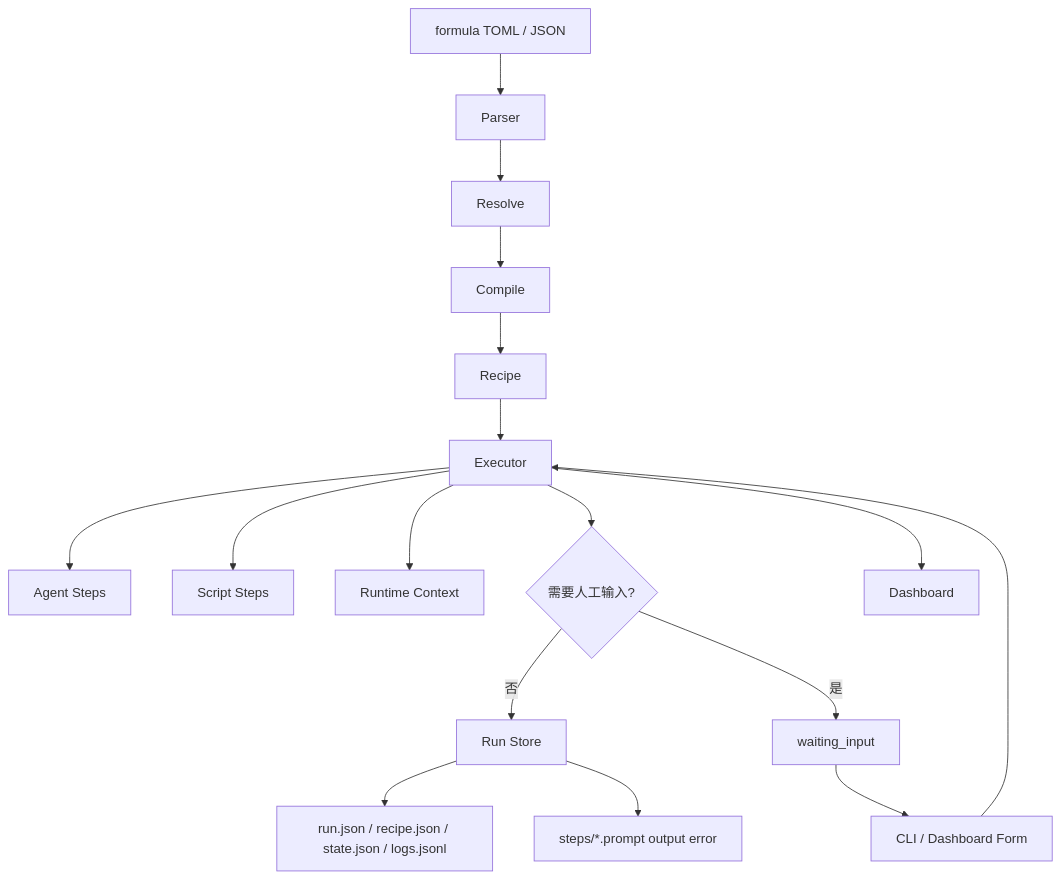
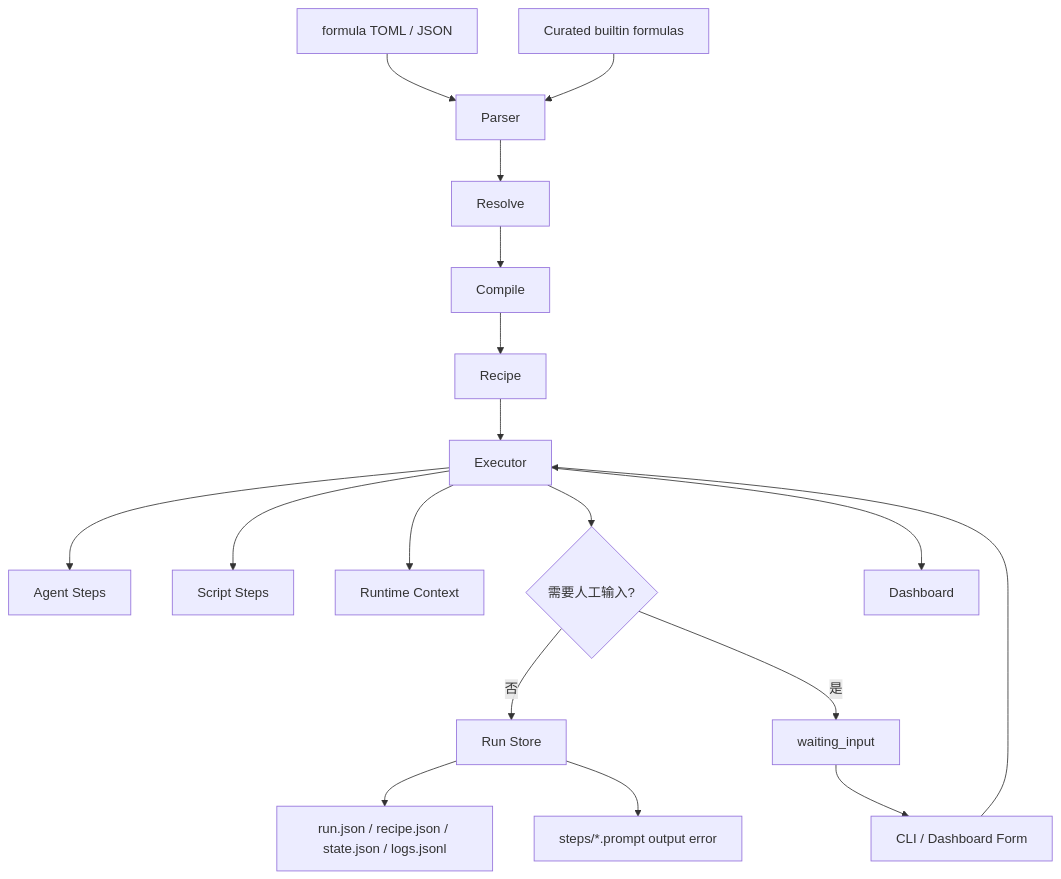
Before and after one commit to sjzsdu/tt: the first of 8 diagrams in ai-docs/formula-system.md, drawn with Mermaid. The commit also changed other lines of this file and 8 other files, not shown here.

````diff
--- a/ai-docs/formula-system.md
+++ b/ai-docs/formula-system.md
@@ -13,19 +13,20 @@
 ```mermaid
 flowchart TD
     A[formula TOML / JSON] --> B[Parser]
+    A0[Curated builtin formulas] --> B
     B --> C[Resolve]
     C --> D[Compile]
     D --> E[Recipe]
     E --> F[Executor]
     F --> G[Agent Steps]
     F --> H[Script Steps]
     F --> I[Runtime Context]
     F --> X{需要人工输入?}
     X -->|否| J[Run Store]
     X -->|是| Y[waiting_input]
     Y --> Z[CLI / Dashboard Form]
     Z --> F
     J --> K[run.json / recipe.json / state.json / logs.jsonl]
     J --> L[steps/*.prompt output error]
     F --> M[Dashboard]
 ```
````
